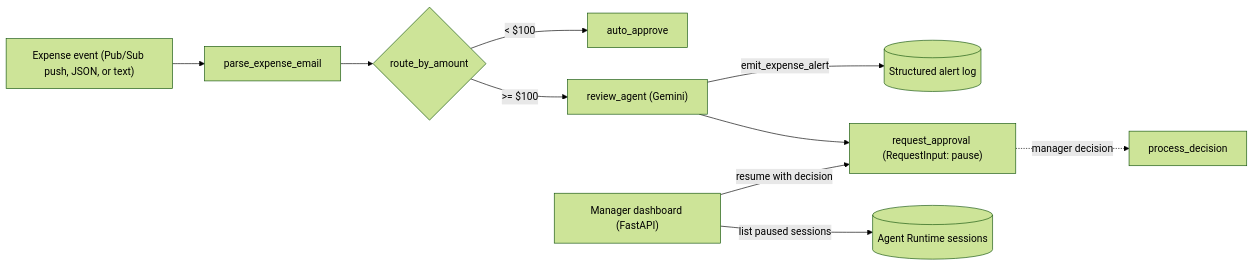
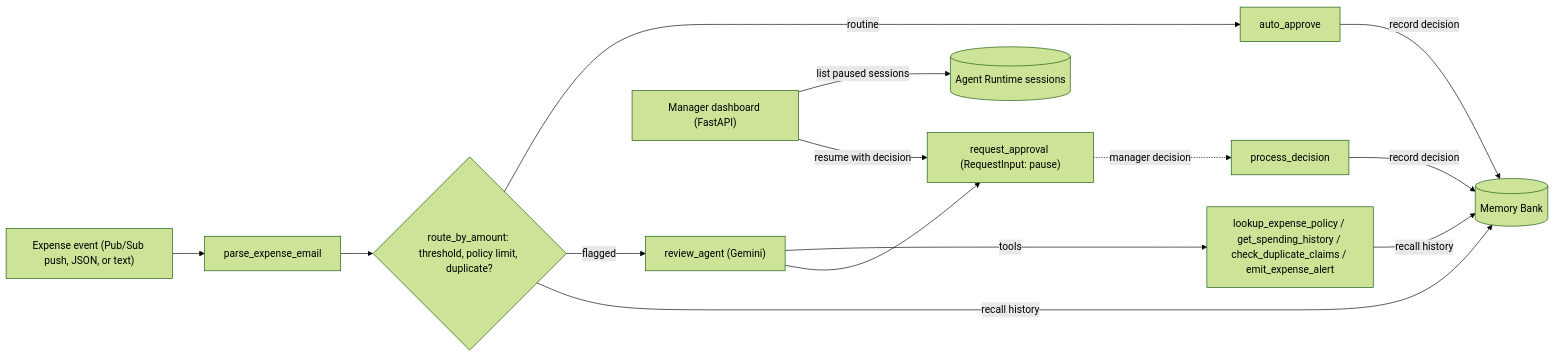
One commit to salmankhan-beep/expense-report-agent changed the diagram in README.md. Above: the diagram before and after it, drawn with Mermaid (forest theme). The commit also changed other lines of this file and 13 other files, not shown here.

First line of the commit message:
Add reviewer tools, Memory Bank expense history, and policy-aware routing

````diff
--- a/README.md
+++ b/README.md
@@ -30,12 +35,16 @@
 ```mermaid
 flowchart LR
     E["Expense event (Pub/Sub push, JSON, or text)"] --> P[parse_expense_email]
-    P --> R{route_by_amount}
-    R -- "< $100" --> A[auto_approve]
-    R -- ">= $100" --> V["review_agent (Gemini)"]
-    V -- emit_expense_alert --> L[(Structured alert log)]
+    P --> R{"route_by_amount: threshold, policy limit, duplicate?"}
+    R -- "routine" --> A[auto_approve]
+    R -- "flagged" --> V["review_agent (Gemini)"]
+    V -- tools --> T["lookup_expense_policy / get_spending_history / check_duplicate_claims / emit_expense_alert"]
     V --> Q["request_approval (RequestInput: pause)"]
     Q -. "manager decision" .-> D[process_decision]
+    A -- "record decision" --> MB[(Memory Bank)]
+    D -- "record decision" --> MB
+    R -- "recall history" --> MB
+    T -- "recall history" --> MB
     M["Manager dashboard (FastAPI)"] -- "list paused sessions" --> S[(Agent Runtime sessions)]
     M -- "resume with decision" --> Q
 ```
````
